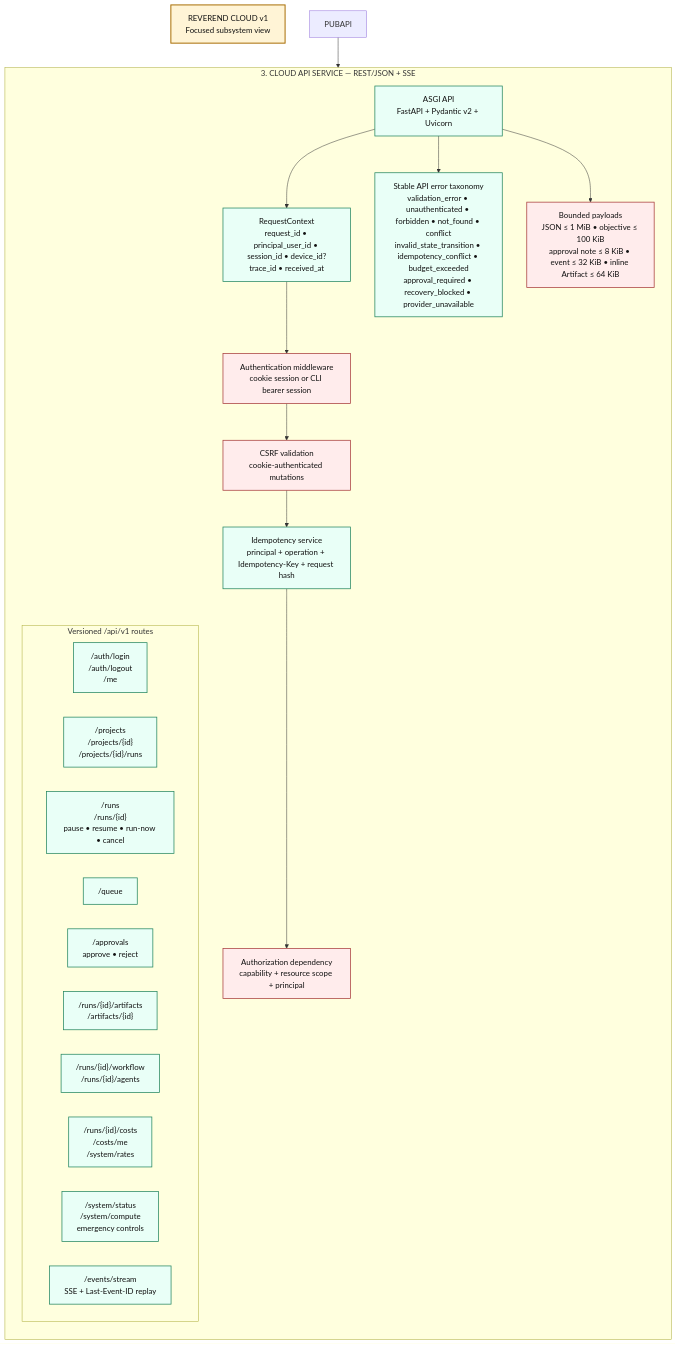
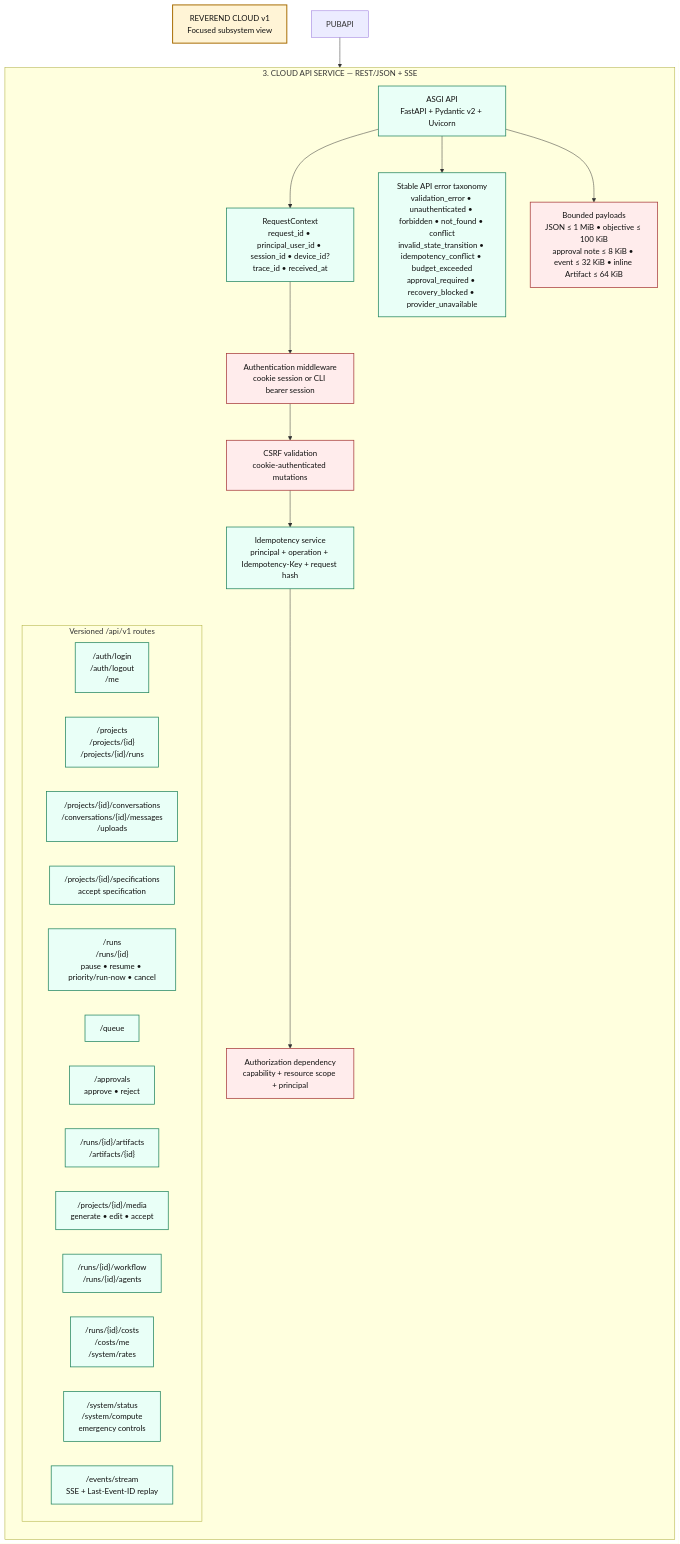
Before and after one commit to reverez/reverend: the diagram in Documentation/Design/Diagrams/Subsystems/03-cloud-api-client-contract.mmd, drawn with Mermaid.

Commit message:
docs: extend cloud API diagram for chat specs and media

```diff
--- a/Documentation/Design/Diagrams/Subsystems/03-cloud-api-client-contract.mmd
+++ b/Documentation/Design/Diagrams/Subsystems/03-cloud-api-client-contract.mmd
@@ -1,75 +1,78 @@
 flowchart TB
 
 %% STYLES
 %% =========================================================
 classDef human fill:#e8f0ff,stroke:#3458a4,stroke-width:2px,color:#111;
 classDef client fill:#eef7ff,stroke:#3678a8,stroke-width:1.5px,color:#111;
 classDef api fill:#e9fff7,stroke:#23855f,stroke-width:1.5px,color:#111;
 classDef authority fill:#fff4d6,stroke:#a76b00,stroke-width:2px,color:#111;
 classDef domain fill:#fff9e8,stroke:#a7802b,stroke-width:1.5px,color:#111;
 classDef agent fill:#f5edff,stroke:#7552a8,stroke-width:1.5px,color:#111;
 classDef context fill:#f8f3ff,stroke:#8458aa,stroke-width:1.2px,color:#111;
 classDef tool fill:#fff0f0,stroke:#aa4949,stroke-width:1.5px,color:#111;
 classDef verify fill:#efffe9,stroke:#4e8a3c,stroke-width:1.5px,color:#111;
 classDef sched fill:#eefcf8,stroke:#2f7a68,stroke-width:1.5px,color:#111;
 classDef compute fill:#eef4ff,stroke:#4f68a8,stroke-width:1.5px,color:#111;
 classDef model fill:#f1ecff,stroke:#5f49a8,stroke-width:1.5px,color:#111;
 classDef durable fill:#fff2e5,stroke:#a6642c,stroke-width:1.5px,color:#111;
 classDef security fill:#ffecec,stroke:#a73b3b,stroke-width:1.5px,color:#111;
 classDef data fill:#f4f4f4,stroke:#666,stroke-width:1.3px,color:#111;
 classDef cost fill:#ecfff1,stroke:#3e8b55,stroke-width:1.5px,color:#111;
 classDef ops fill:#f2fbff,stroke:#3f7890,stroke-width:1.5px,color:#111;
 classDef external fill:#f7f7f7,stroke:#777,stroke-width:1.2px,stroke-dasharray:5 3,color:#111;
 classDef dev fill:#fff8ed,stroke:#9b6b23,stroke-width:1.3px,color:#111;
 classDef invariant fill:#fffbe6,stroke:#b09121,stroke-width:1.5px,color:#111;
 
 %% =========================================================
 
 ROOT["REVEREND CLOUD v1<br/>Focused subsystem view"]:::authority
 
 %% =========================================================
 %% FOCUSED VIEW
 %% Source: ../system-complete-mermaid-diagram.mmd
 %% Section 3: CLOUD API / CLIENT CONTRACT
 %% External cross-subsystem references may render as compact interface nodes.
 %% =========================================================
 
 %% =========================================================
 %% 3. CLOUD API / CLIENT CONTRACT
 %% =========================================================
 subgraph API["3. CLOUD API SERVICE — REST/JSON + SSE"]
 direction TB
 
 FASTAPI["ASGI API<br/>FastAPI + Pydantic v2 + Uvicorn"]:::api
 REQCTX["RequestContext<br/>request_id • principal_user_id • session_id • device_id?<br/>trace_id • received_at"]:::api
 AUTHMW["Authentication middleware<br/>cookie session or CLI bearer session"]:::security
 CSRFM["CSRF validation<br/>cookie-authenticated mutations"]:::security
 IDEMP["Idempotency service<br/>principal + operation + Idempotency-Key + request hash"]:::api
 AUTHZMW["Authorization dependency<br/>capability + resource scope + principal"]:::security
 
 subgraph ROUTES["Versioned /api/v1 routes"]
 direction LR
 R_AUTH["/auth/login<br/>/auth/logout<br/>/me"]:::api
 R_PROJECTS["/projects<br/>/projects/{id}<br/>/projects/{id}/runs"]:::api
-R_RUNS["/runs<br/>/runs/{id}<br/>pause • resume • run-now • cancel"]:::api
+R_CHAT["/projects/{id}/conversations<br/>/conversations/{id}/messages<br/>/uploads"]:::api
+R_SPEC["/projects/{id}/specifications<br/>accept specification"]:::api
+R_RUNS["/runs<br/>/runs/{id}<br/>pause • resume • priority/run-now • cancel"]:::api
 R_QUEUE["/queue"]:::api
 R_APPROVALS["/approvals<br/>approve • reject"]:::api
 R_ART["/runs/{id}/artifacts<br/>/artifacts/{id}"]:::api
+R_MEDIA["/projects/{id}/media<br/>generate • edit • accept"]:::api
 R_WF["/runs/{id}/workflow<br/>/runs/{id}/agents"]:::api
 R_COST["/runs/{id}/costs<br/>/costs/me<br/>/system/rates"]:::api
 R_SYS["/system/status<br/>/system/compute<br/>emergency controls"]:::api
 R_SSE["/events/stream<br/>SSE + Last-Event-ID replay"]:::api
 end
 
 ERR["Stable API error taxonomy<br/>validation_error • unauthenticated • forbidden • not_found • conflict<br/>invalid_state_transition • idempotency_conflict • budget_exceeded<br/>approval_required • recovery_blocked • provider_unavailable"]:::api
 
 BOUNDS["Bounded payloads<br/>JSON ≤ 1 MiB • objective ≤ 100 KiB<br/>approval note ≤ 8 KiB • event ≤ 32 KiB • inline Artifact ≤ 64 KiB"]:::security
 
 FASTAPI --> REQCTX --> AUTHMW --> CSRFM --> IDEMP --> AUTHZMW
 
 
 FASTAPI --> ERR
 FASTAPI --> BOUNDS
 end
 
 PUBAPI --> FASTAPI
```
